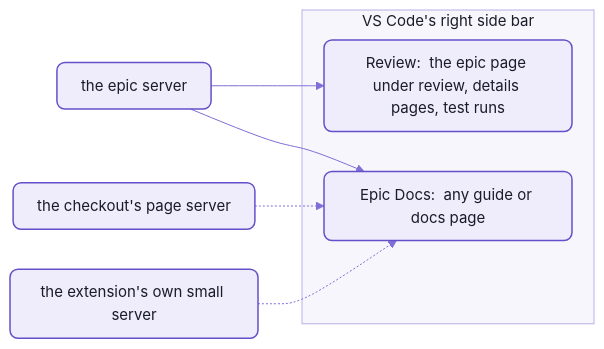
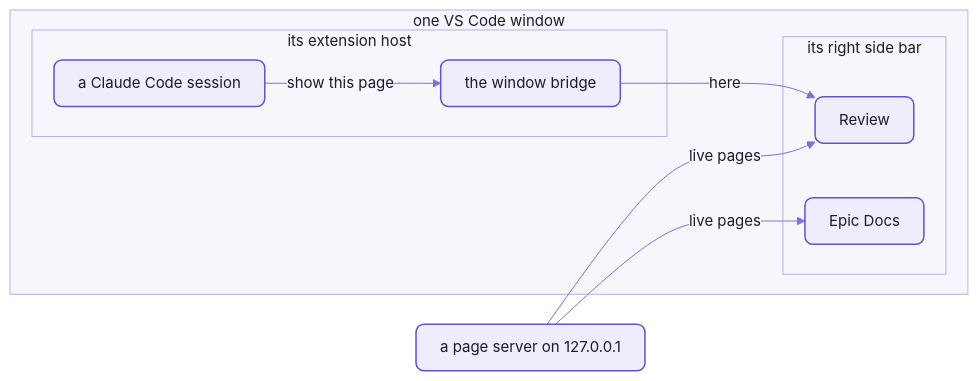
Before and after one commit to spell-app/spell: the first of 2 diagrams in epic/README-vscode.md, drawn with Mermaid. The commit also changed other lines of this file and 14 other files, not shown here.

Commit message:
readme P11:  Voice Rewrite -- spell-epic's six pages in the chosen voice;  screenshots retaken without the internal repo

````diff
--- a/epic/README-vscode.md
+++ b/epic/README-vscode.md
@@ -12,14 +22,21 @@
 ```mermaid
 %%{init: {"theme":"base","themeVariables":{"fontFamily":"-apple-system, BlinkMacSystemFont, Segoe UI, Helvetica, Arial, sans-serif","fontSize":"15px","primaryColor":"#EFECFB","primaryBorderColor":"#6550CA","primaryTextColor":"#1A1C27","secondaryColor":"#F4F1E9","tertiaryColor":"#F7F6FC","lineColor":"#7F6FD6","textColor":"#7F6FD6","clusterBkg":"#F7F6FC","clusterBorder":"#B9B0E8","titleColor":"#1A1C27","edgeLabelBackground":"#F7F6FC","actorBkg":"#EFECFB","actorBorder":"#6550CA","actorTextColor":"#1A1C27","actorLineColor":"#9C90DE","signalColor":"#7F6FD6","signalTextColor":"#7F6FD6","labelBoxBkgColor":"#EFECFB","labelBoxBorderColor":"#6550CA","labelTextColor":"#1A1C27","loopTextColor":"#7F6FD6","noteBkgColor":"#F1E7D4","noteBorderColor":"#C9B48A","noteTextColor":"#1A1C27","activationBkgColor":"#DCD6F7","activationBorderColor":"#6550CA","sequenceNumberColor":"#FFFFFF"},"flowchart":{"curve":"basis","padding":12,"nodeSpacing":40,"rankSpacing":44}}}%%
 flowchart LR
-  subgraph bar["VS Code's right side bar"]
-    review["Review:  the epic page under review, details pages, test runs"]
-    docs["Epic Docs:  any guide or docs page"]
+  server["a page server on 127.0.0.1"]
+  subgraph win["one VS Code window"]
+    subgraph host["its extension host"]
+      session["a Claude Code session"]
+      bridge["the window bridge"]
+    end
+    subgraph bar["its right side bar"]
+      review["Review"]
+      docs["Epic Docs"]
+    end
   end
-  hub["the epic server"] --> review
-  hub --> docs
-  page["the checkout's page server"] -.-> docs
-  own["the extension's own small server"] -.-> docs
+  server -- "live pages" --> review
+  server -- "live pages" --> docs
+  session -- "show this page" --> bridge
+  bridge -- "here" --> review
   %% the Spell look:  yarn mermaid:pretty
   classDef default fill:#EFECFB,stroke:#6550CA,stroke-width:1.5px,color:#1A1C27,rx:8px,ry:8px
 ```
````
